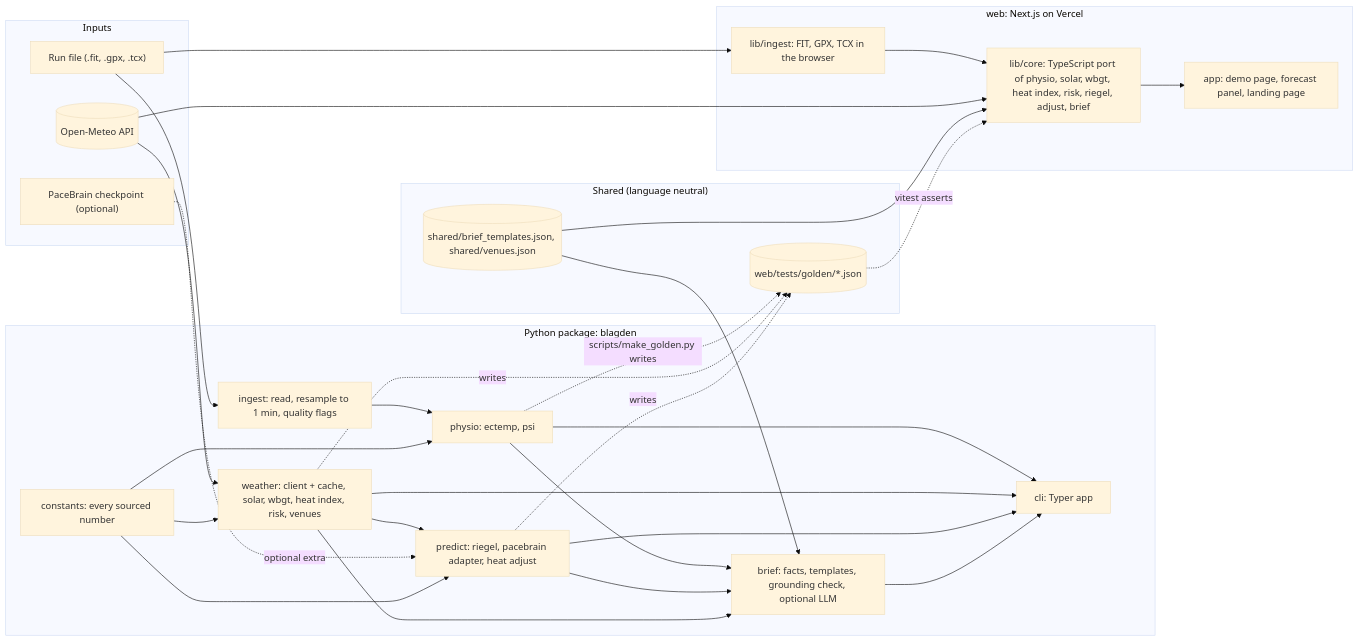
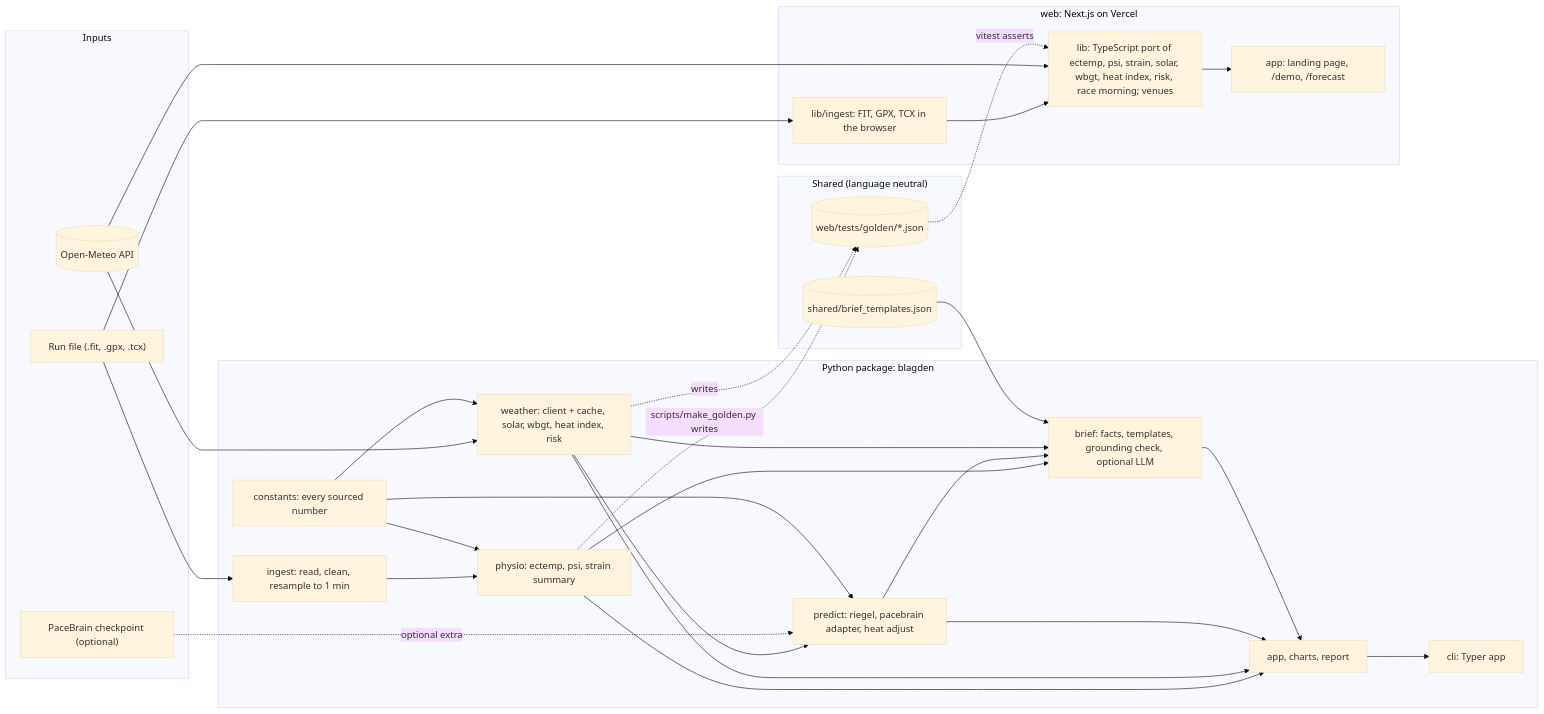
One commit to lauurnce/blagden changed the diagram in docs/ARCHITECTURE.md. Above: the diagram before and after it, drawn with Mermaid (base theme).

Commit message:
docs(architecture): match the system diagram to the code as built

````diff
--- a/docs/ARCHITECTURE.md
+++ b/docs/ARCHITECTURE.md
@@ -7,49 +7,49 @@
 ```mermaid
 flowchart LR
   subgraph IN["Inputs"]
     RF["Run file (.fit, .gpx, .tcx)"]
     OM[("Open-Meteo API")]
     PB["PaceBrain checkpoint (optional)"]
   end
 
   subgraph PY["Python package: blagden"]
-    ING["ingest: read, resample to 1 min, quality flags"]
-    PHY["physio: ectemp, psi"]
-    WX["weather: client + cache, solar, wbgt, heat index, risk, venues"]
+    ING["ingest: read, clean, resample to 1 min"]
+    PHY["physio: ectemp, psi, strain summary"]
+    WX["weather: client + cache, solar, wbgt, heat index, risk"]
     PRD["predict: riegel, pacebrain adapter, heat adjust"]
     BRF["brief: facts, templates, grounding check, optional LLM"]
+    APP["app, charts, report"]
     CLI["cli: Typer app"]
     CON["constants: every sourced number"]
   end
 
   subgraph SH["Shared (language neutral)"]
     FX[("web/tests/golden/*.json")]
-    TPL[("shared/brief_templates.json, shared/venues.json")]
+    TPL[("shared/brief_templates.json")]
   end
 
   subgraph WEB["web: Next.js on Vercel"]
     WIN["lib/ingest: FIT, GPX, TCX in the browser"]
-    WCO["lib/core: TypeScript port of physio, solar, wbgt, heat index, risk, riegel, adjust, brief"]
-    UI["app: demo page, forecast panel, landing page"]
+    WCO["lib: TypeScript port of ectemp, psi, strain, solar, wbgt, heat index, risk, race morning; venues"]
+    UI["app: landing page, /demo, /forecast"]
   end
 
   RF --> ING --> PHY --> BRF
   OM --> WX --> PRD --> BRF
   WX --> BRF
   PB -. optional extra .-> PRD
   CON --> PHY
   CON --> WX
   CON --> PRD
-  PHY --> CLI
-  WX --> CLI
-  PRD --> CLI
-  BRF --> CLI
+  TPL --> BRF
+  PHY --> APP
+  WX --> APP
+  PRD --> APP
+  BRF --> APP
+  APP --> CLI
   RF --> WIN --> WCO --> UI
   OM --> WCO
-  TPL --> BRF
-  TPL --> WCO
   PHY -. "scripts/make_golden.py writes" .-> FX
   WX -. writes .-> FX
-  PRD -. writes .-> FX
   FX -. "vitest asserts" .-> WCO
 ```
````
